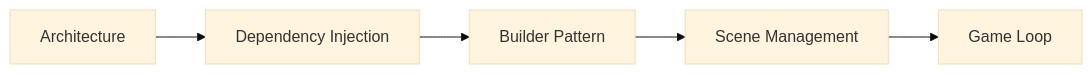
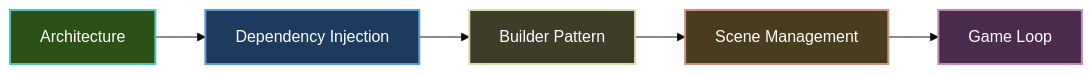
The fourth of 4 diagrams in docs/concepts/index.md (CrazyPickleStudios/Brine2D-Documentation), drawn with Mermaid (base theme) before and after one commit. The commit also changed other lines of this file and 9 other files, not shown here.

````diff
--- a/docs/concepts/index.md
+++ b/docs/concepts/index.md
@@ -417,8 +422,14 @@
 ```mermaid
 graph LR
 
 A["Architecture"] --> B["Dependency Injection"]
 B --> C["Builder Pattern"] 
 C --> D["Scene Management"] 
 D --> E["Game Loop"]
+
+style A fill:#2d5016,stroke:#4ec9b0,stroke-width:2px,color:#fff
+style B fill:#1e3a5f,stroke:#569cd6,stroke-width:2px,color:#fff
+style C fill:#3d3d2a,stroke:#dcdcaa,stroke-width:2px,color:#fff
+style D fill:#4a3d1f,stroke:#ce9178,stroke-width:2px,color:#fff
+style E fill:#4a2d4a,stroke:#c586c0,stroke-width:2px,color:#fff
 ```
````
